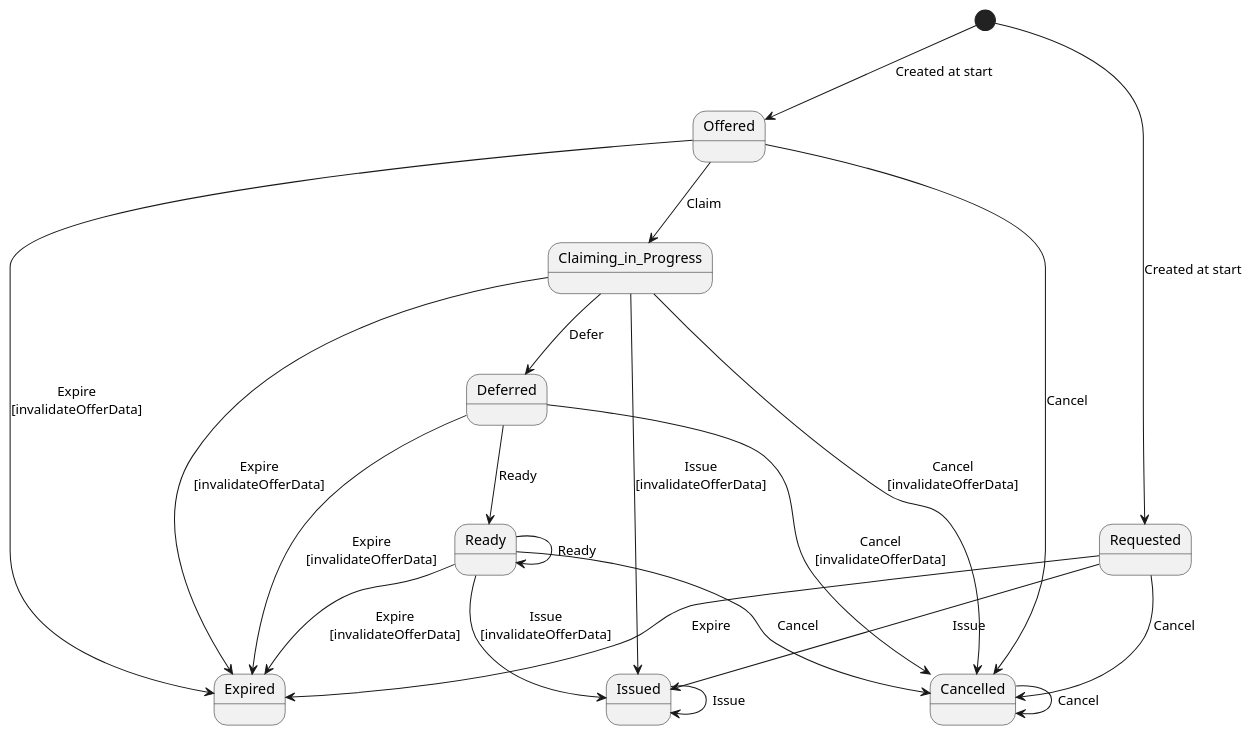
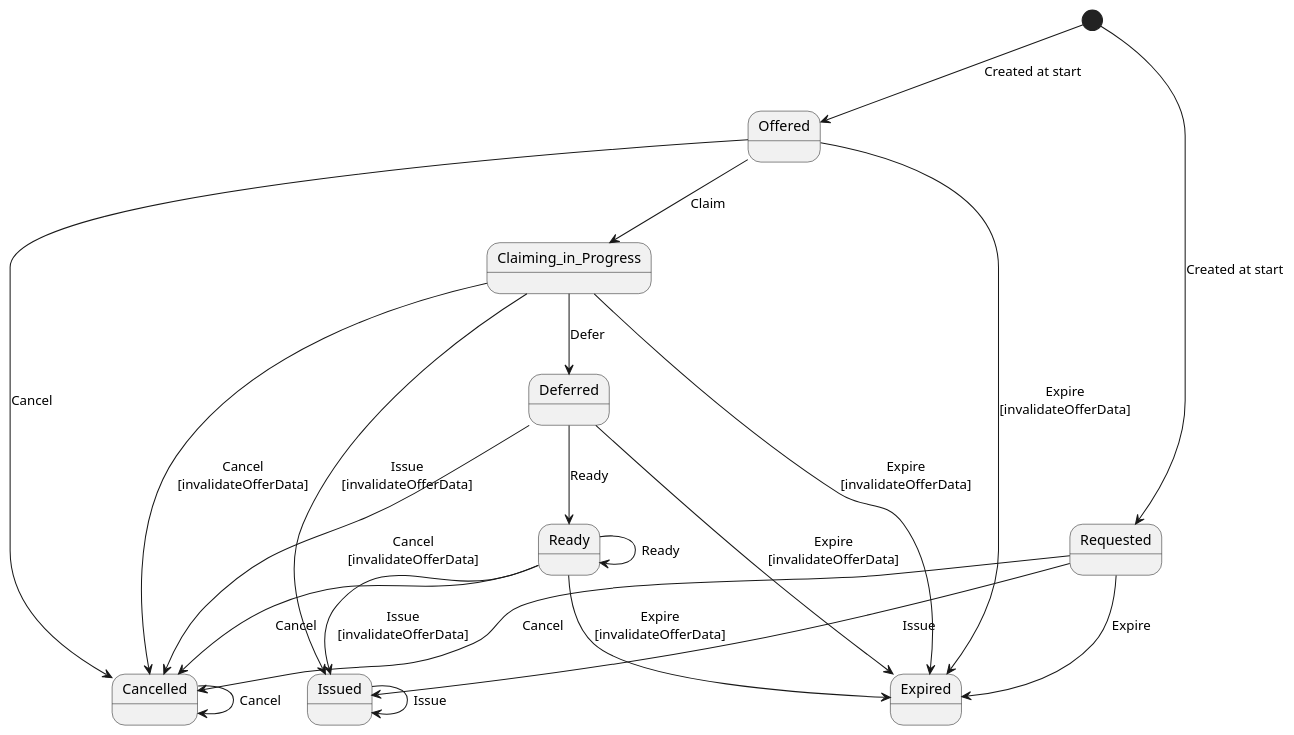
Before and after one commit to swiyu-admin-ch/swiyu-issuer: the diagram in issuer-service/src/main/resources/plantuml/credentialOfferStateMachine.puml, drawn with PlantUML. The commit also changed other lines of this file and 10 other files, not shown here.

```diff
--- a/issuer-service/src/main/resources/plantuml/credentialOfferStateMachine.puml
+++ b/issuer-service/src/main/resources/plantuml/credentialOfferStateMachine.puml
@@ -1,31 +1,31 @@
 @startuml
-state Ready
-state Offered
+state Expired
 state Issued
 state Deferred
-state Expired
-state Claiming_in_Progress
+state Offered
 state Requested
 state Cancelled
+state Claiming_in_Progress
+state Ready
 [*] --> Offered : Created at start
 [*] --> Requested : Created at start
 Requested --> Issued : Issue
 Requested --> Cancelled : Cancel
 Requested --> Expired : Expire
 Offered --> Cancelled : Cancel
 Offered --> Expired : Expire\n[invalidateOfferData]
 Offered --> Claiming_in_Progress : Claim
 Claiming_in_Progress --> Expired : Expire\n[invalidateOfferData]
 Claiming_in_Progress --> Deferred : Defer
 Claiming_in_Progress --> Issued : Issue\n[invalidateOfferData]
 Claiming_in_Progress --> Cancelled : Cancel\n[invalidateOfferData]
 Deferred --> Ready : Ready
 Deferred --> Expired : Expire\n[invalidateOfferData]
 Deferred --> Cancelled : Cancel\n[invalidateOfferData]
 Ready --> Issued : Issue\n[invalidateOfferData]
 Ready --> Expired : Expire\n[invalidateOfferData]
 Ready --> Cancelled : Cancel
 Ready --> Ready : Ready
 Issued --> Issued : Issue
 Cancelled --> Cancelled : Cancel
 @enduml
```
